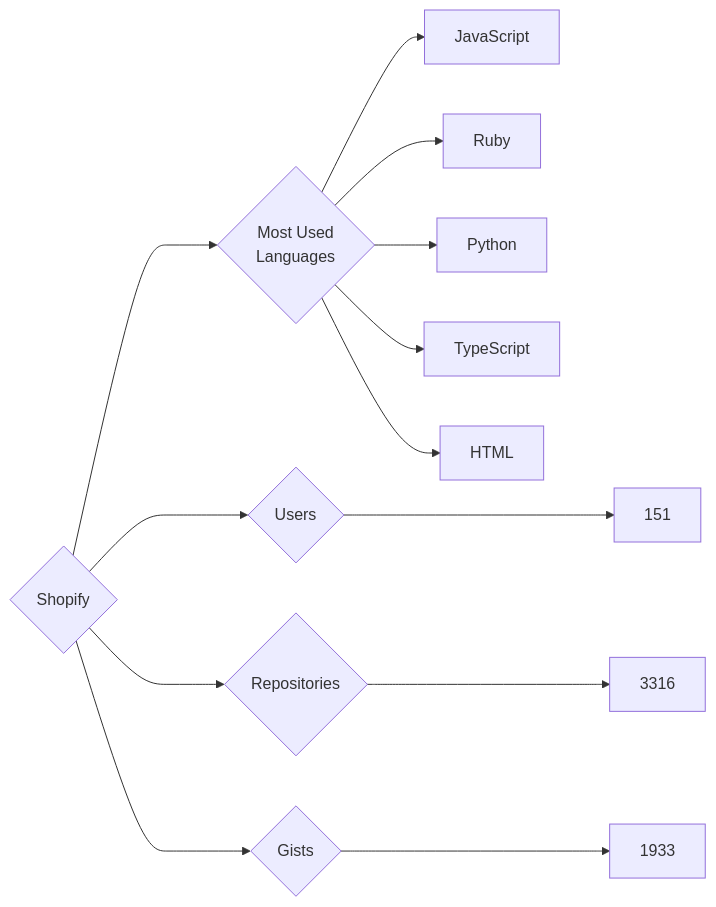
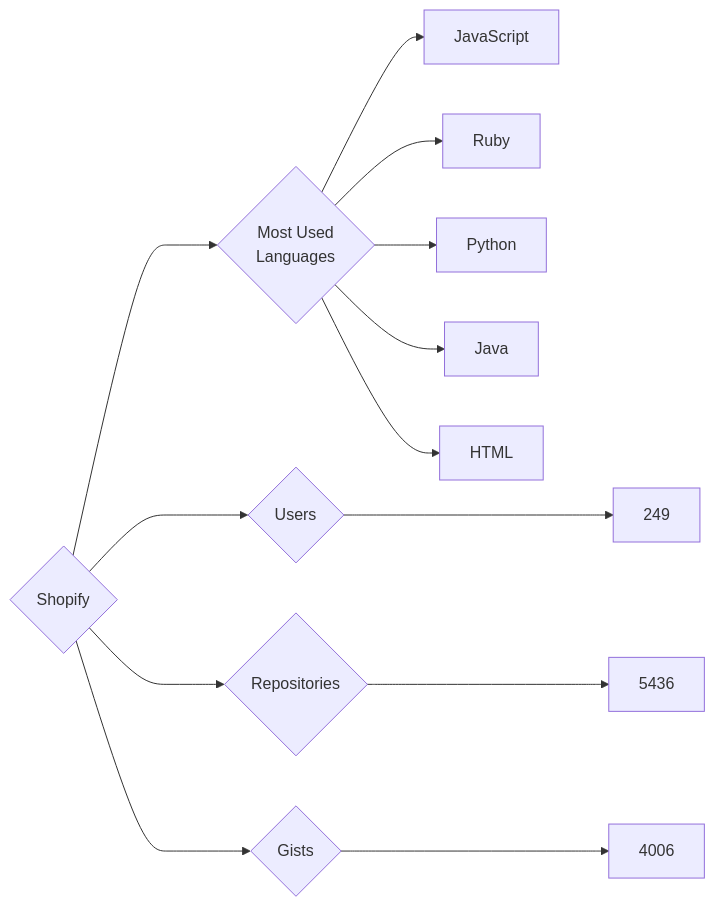
The diagram in targets/Shopify/README.md (trickest/insiders), drawn with Mermaid before and after one commit. The commit also changed 765 other files, not shown here.

````diff
--- a/targets/Shopify/README.md
+++ b/targets/Shopify/README.md
@@ -3,13 +3,13 @@
 ```mermaid
 graph LR
 COMPANY_NAME{Shopify}
-COMPANY_NAME ---> U{Users} ---> UN[151]
-COMPANY_NAME ---> R{Repositories} ---> RN[3316]
-COMPANY_NAME ---> G{Gists} ---> GN[1933]
+COMPANY_NAME ---> U{Users} ---> UN[249]
+COMPANY_NAME ---> R{Repositories} ---> RN[5436]
+COMPANY_NAME ---> G{Gists} ---> GN[4006]
 COMPANY_NAME ---> ML{Most Used<br>Languages}
 ML --> JavaScript[JavaScript]
 ML --> Ruby[Ruby]
 ML --> Python[Python]
-ML --> TypeScript[TypeScript]
+ML --> Java[Java]
 ML --> HTML[HTML]
 ```
````
